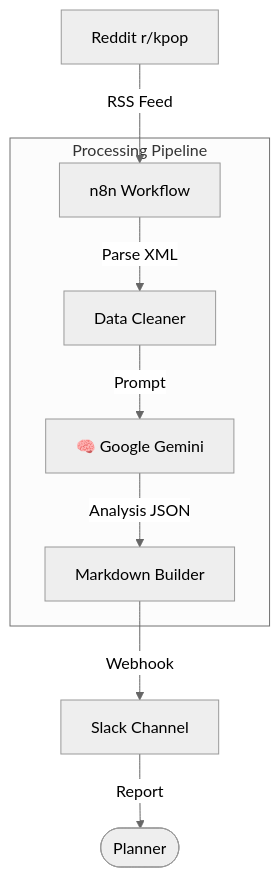
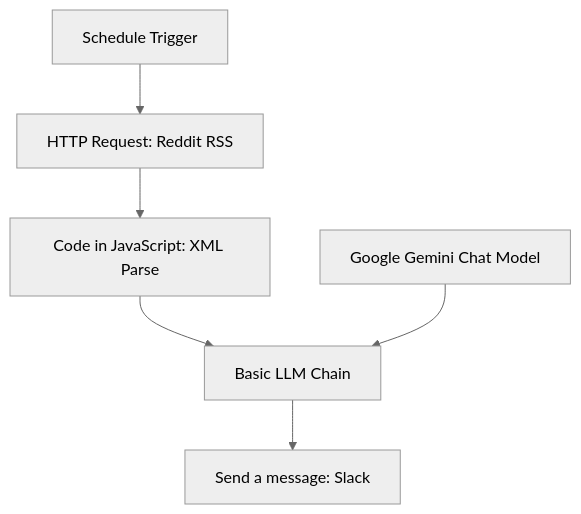
One commit to jeonsavvy/K-Pop-Short-form-Bot changed the diagram in README.md. Above: the diagram before and after it, drawn with Mermaid (neutral theme). The commit also changed other lines of this file, not shown here.

Commit message:
docs: rewrite README with accurate workflow notes

````diff
--- a/README.md
+++ b/README.md
@@ -32,13 +19,8 @@
 ```mermaid
 graph TD
-    Source[Reddit r/kpop] -->|RSS Feed| n8n[n8n Workflow]
-    
-    subgraph "Processing Pipeline"
-        n8n -->|Parse XML| Parser[Data Cleaner]
-        Parser -->|Prompt| AI[🧠 Google Gemini]
-        AI --"Analysis JSON"--> Formatter[Markdown Builder]
-    end
-    
-    Formatter -->|Webhook| Slack[Slack Channel]
-    Slack -->|Report| User([Planner])
+    A[Schedule Trigger] --> B[HTTP Request: Reddit RSS]
+    B --> C[Code in JavaScript: XML Parse]
+    C --> D[Basic LLM Chain]
+    E[Google Gemini Chat Model] --> D
+    D --> F[Send a message: Slack]
 ```
````
